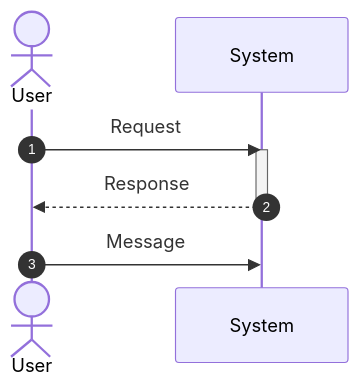
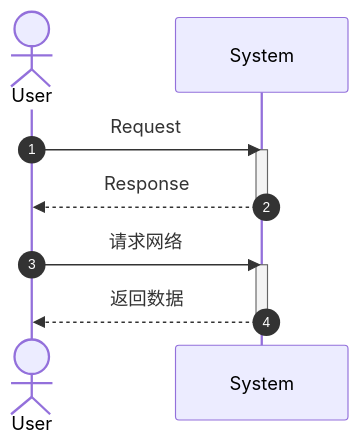
Before and after one commit to pingpm/mermaid_vault: the diagram in mmd/123_60cf6978-a70f-4def-8ccd-10984f35fbae.mmd, drawn with Mermaid. The commit also changed 4 other files, not shown here.

Commit message:
Sync Mermaid Studio data (12 diagrams)

```diff
--- a/mmd/123_60cf6978-a70f-4def-8ccd-10984f35fbae.mmd
+++ b/mmd/123_60cf6978-a70f-4def-8ccd-10984f35fbae.mmd
@@ -1,9 +1,12 @@
 sequenceDiagram
   autonumber
   actor p0 as User
   participant p1 as System
   p0->>p1: Request
   activate p1
   p1-->>p0: Response
   deactivate p1
-  p0->>p1: Message
+  p0->>p1: 请求网络
+  activate p1
+  p1-->>p0: 返回数据
+  deactivate p1
```
